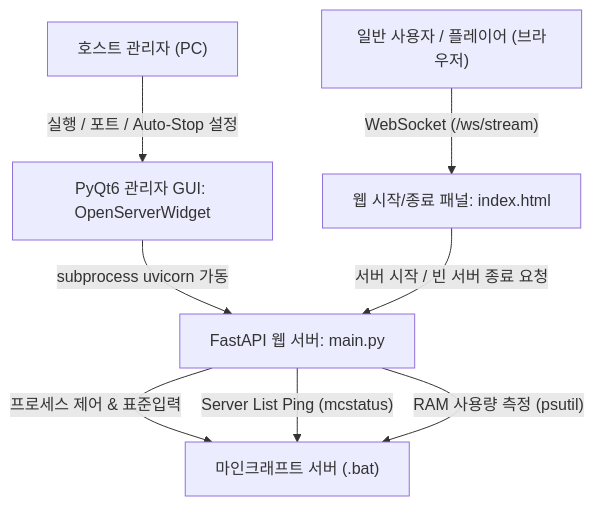
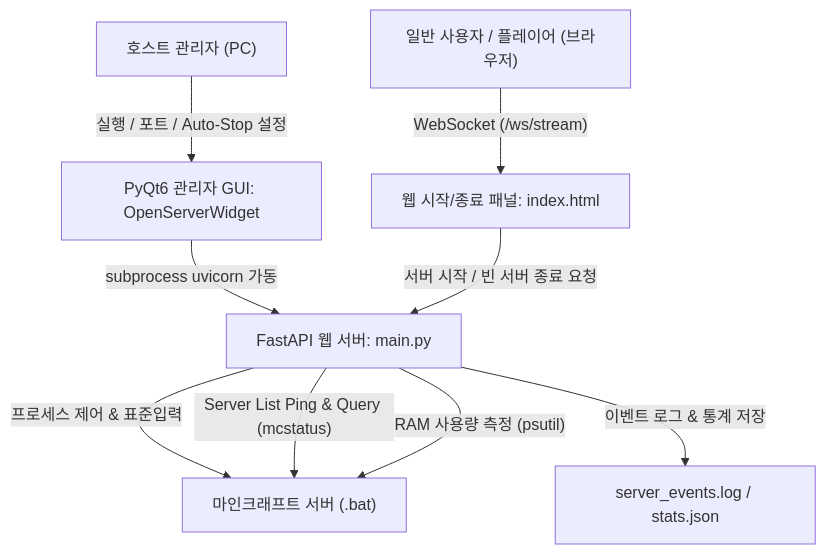
One commit to ehrl1225/web_server_for_minecraft_server changed the diagram in README.md. Above: the diagram before and after it, drawn with Mermaid. The commit also changed other lines of this file and 9 other files, not shown here.

````diff
--- a/README.md
+++ b/README.md
@@ -9,12 +9,13 @@
 ```mermaid
 flowchart TD
     Host["호스트 관리자 (PC)"] -->|"실행 / 포트 / Auto-Stop 설정"| PyQt["PyQt6 관리자 GUI: OpenServerWidget"]
     PyQt -->|"subprocess uvicorn 가동"| FastAPI["FastAPI 웹 서버: main.py"]
     
     FastAPI -->|"프로세스 제어 & 표준입력"| MC["마인크래프트 서버 (.bat)"]
-    FastAPI -->|"Server List Ping (mcstatus)"| MC
+    FastAPI -->|"Server List Ping & Query (mcstatus)"| MC
     FastAPI -->|"RAM 사용량 측정 (psutil)"| MC
+    FastAPI -->|"이벤트 로그 & 통계 저장"| Stats["server_events.log / stats.json"]
     
     Player["일반 사용자 / 플레이어 (브라우저)"] -->|"WebSocket (/ws/stream)"| WebPanel["웹 시작/종료 패널: index.html"]
     WebPanel -->|"서버 시작 / 빈 서버 종료 요청"| FastAPI
 ```
````
